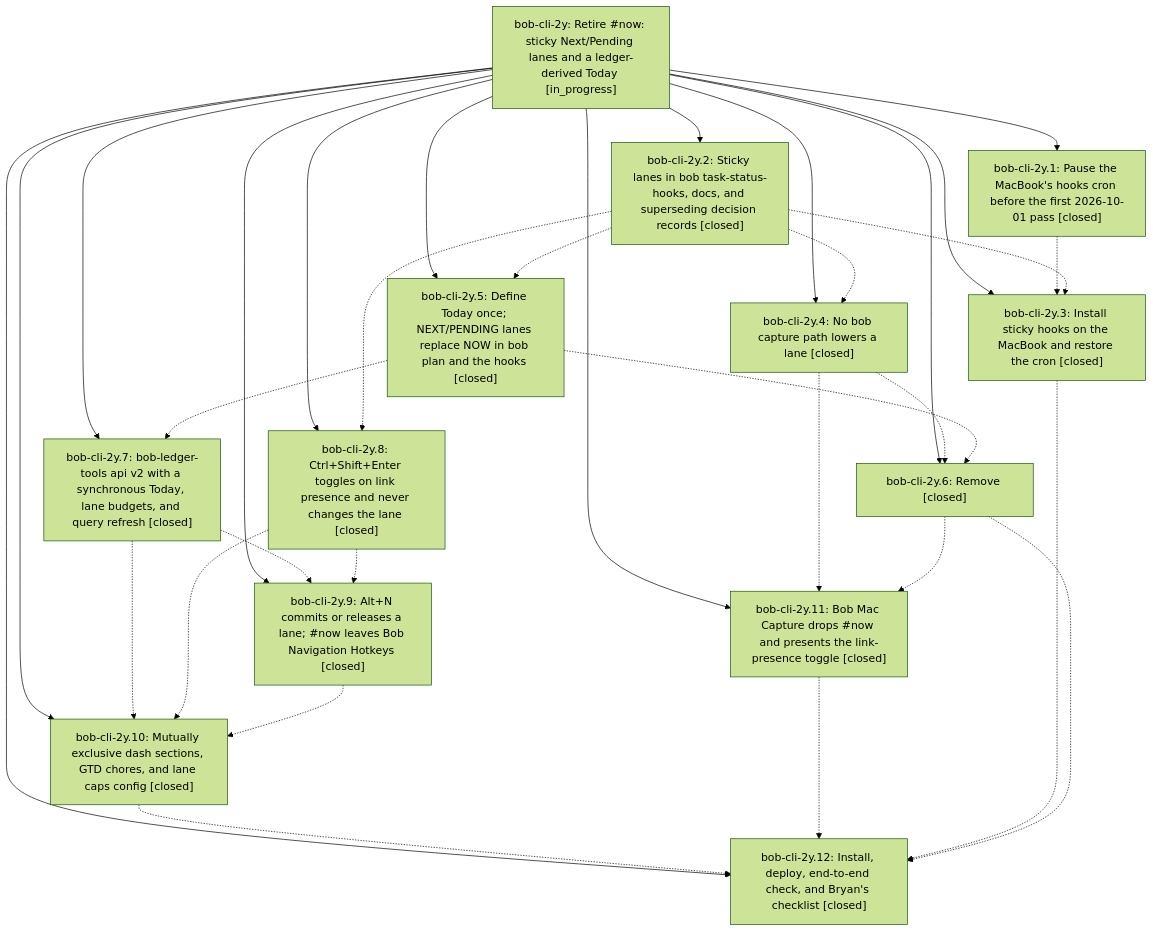
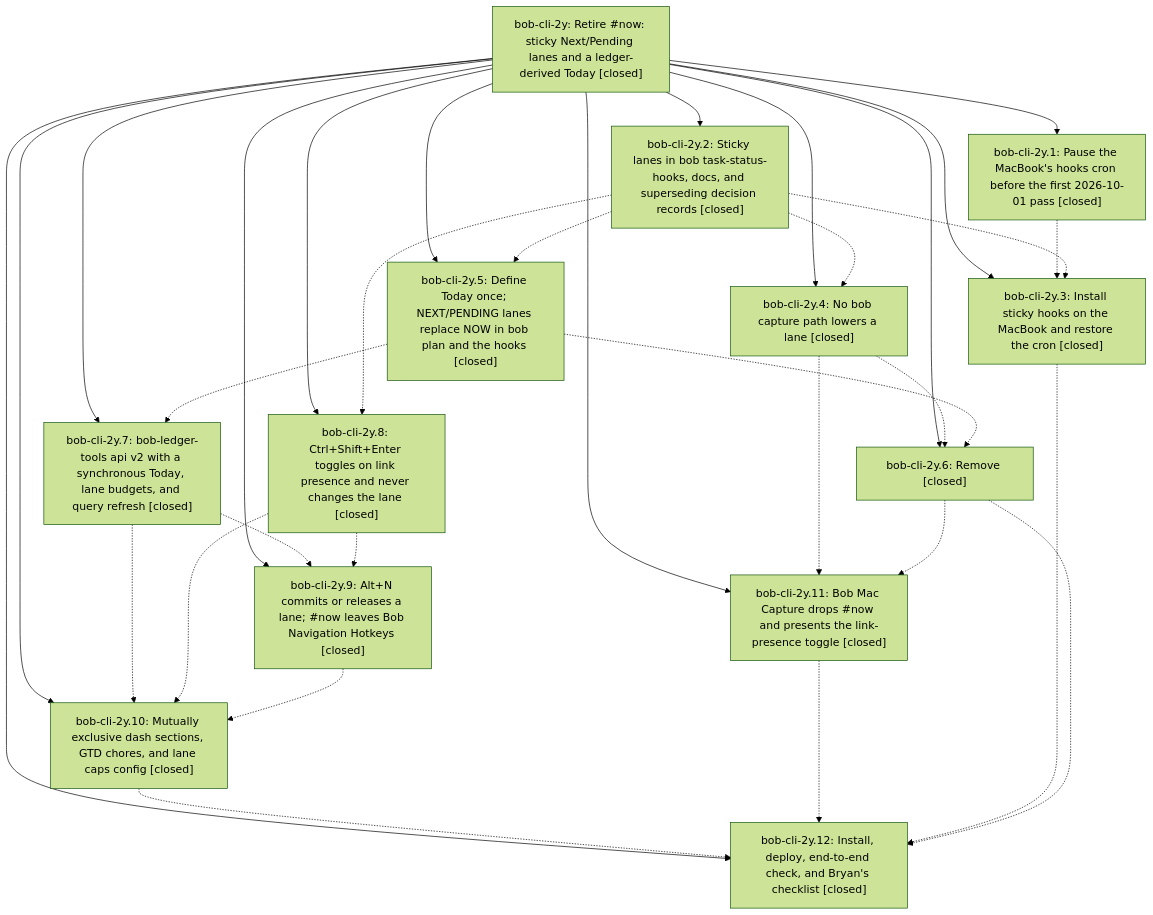
The diagram in pages/bob-cli-2y/README.md (bobs-org/bob-cli--beads), drawn with Mermaid (forest theme) before and after one commit. The commit also changed other lines of this file, not shown here.

First line of the commit message:
chore(beads): sync bead state and pages for bob-cli-2y

````diff
--- a/pages/bob-cli-2y/README.md
+++ b/pages/bob-cli-2y/README.md
@@ -33,47 +39,47 @@
 ```mermaid
 flowchart TD
-    n0["bob-cli-2y: Retire #now: sticky Next/Pending lanes and a ledger-derived Today [in_progress]"]
+    n0["bob-cli-2y: Retire #now: sticky Next/Pending lanes and a ledger-derived Today [closed]"]
     n1["bob-cli-2y.1: Pause the MacBook's hooks cron before the first 2026-10-01 pass [closed]"]
     n2["bob-cli-2y.10: Mutually exclusive dash sections, GTD chores, and lane caps config [closed]"]
     n3["bob-cli-2y.11: Bob Mac Capture drops #now and presents the link-presence toggle [closed]"]
     n4["bob-cli-2y.12: Install, deploy, end-to-end check, and Bryan's checklist [closed]"]
     n5["bob-cli-2y.2: Sticky lanes in bob task-status-hooks, docs, and superseding decision records [closed]"]
     n6["bob-cli-2y.3: Install sticky hooks on the MacBook and restore the cron [closed]"]
     n7["bob-cli-2y.4: No bob capture path lowers a lane [closed]"]
     n8["bob-cli-2y.5: Define Today once; NEXT/PENDING lanes replace NOW in bob plan and the hooks [closed]"]
     n9["bob-cli-2y.6: Remove [closed]"]
     n10["bob-cli-2y.7: bob-ledger-tools api v2 with a synchronous Today, lane budgets, and query refresh [closed]"]
     n11["bob-cli-2y.8: Ctrl+Shift+Enter toggles on link presence and never changes the lane [closed]"]
     n12["bob-cli-2y.9: Alt+N commits or releases a lane; #now leaves Bob Navigation Hotkeys [closed]"]
     n0 --> n1
     n0 --> n2
     n0 --> n3
     n0 --> n4
     n0 --> n5
     n0 --> n6
     n0 --> n7
     n0 --> n8
     n0 --> n9
     n0 --> n10
     n0 --> n11
     n0 --> n12
     n1 -.-> n6
     n2 -.-> n4
     n3 -.-> n4
     n5 -.-> n6
     n5 -.-> n7
     n5 -.-> n8
     n5 -.-> n11
     n6 -.-> n4
     n7 -.-> n3
     n7 -.-> n9
     n8 -.-> n9
     n8 -.-> n10
     n9 -.-> n3
     n9 -.-> n4
     n10 -.-> n2
     n10 -.-> n12
     n11 -.-> n2
     n11 -.-> n12
     n12 -.-> n2
 ```
````
